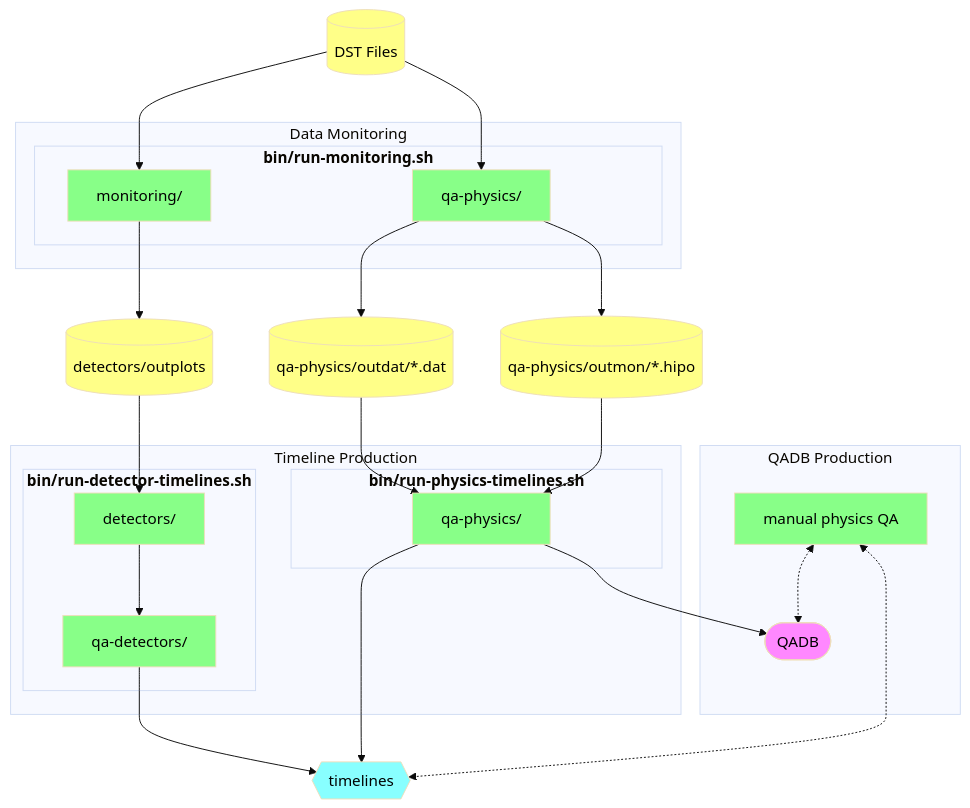
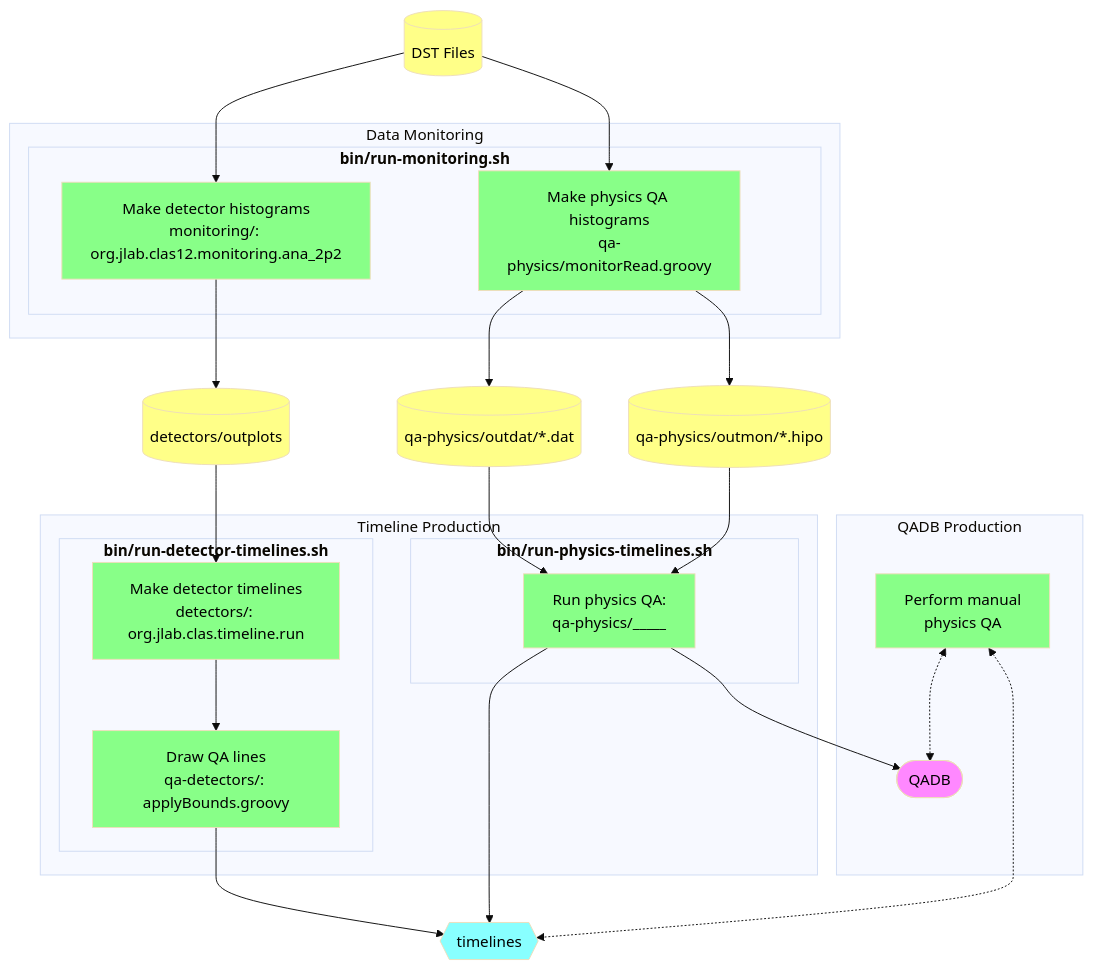
Before and after one commit to JeffersonLab/clas12-timeline: the diagram in README.md, drawn with Mermaid (base theme). The commit also changed 1 other file, not shown here.

Commit message:
modified:   README.md

````diff
--- a/README.md
+++ b/README.md
@@ -65,50 +65,50 @@
 ```mermaid
 flowchart TB
 
     classDef proc     fill:#8f8,color:black
     classDef data     fill:#ff8,color:black
     classDef misc     fill:#f8f,color:black
     classDef timeline fill:#8ff,color:black
 
     dst[(DST Files)]:::data
 
     subgraph Data Monitoring
         subgraph "<strong>bin/run-monitoring.sh</strong>"
-            monitorDetectors["monitoring/"]:::proc
-            monitorPhysics["qa-physics/"]:::proc
+            monitorDetectors["Make detector histograms<br/>monitoring/: org.jlab.clas12.monitoring.ana_2p2"]:::proc
+            monitorPhysics["Make physics QA histograms<br/>qa-physics/monitorRead.groovy"]:::proc
         end
     end
     dst --> monitorDetectors
     dst --> monitorPhysics
 
     monitorDetectors --> outplots[(detectors/outplots)]:::data
     monitorPhysics   --> outdat[(qa-physics/outdat/*.dat)]:::data
     monitorPhysics   --> outmon[(qa-physics/outmon/*.hipo)]:::data
 
     subgraph Timeline Production
         subgraph "<strong>bin/run-detector-timelines.sh</strong>"
-            timelineDetectorsPreQA["detectors/"]:::proc
-            timelineDetectors["qa-detectors/"]:::proc
+            timelineDetectorsPreQA["Make detector timelines<br/>detectors/: org.jlab.clas.timeline.run"]:::proc
+            timelineDetectors["Draw QA lines<br/>qa-detectors/: applyBounds.groovy"]:::proc
         end
         subgraph "<strong>bin/run-physics-timelines.sh</strong>"
-            timelinePhysics["qa-physics/"]:::proc
+            timelinePhysics["Run physics QA:<br/>qa-physics/_____"]:::proc
         end
     end
 
     outplots --> timelineDetectorsPreQA --> timelineDetectors
     outdat   --> timelinePhysics
     outmon   --> timelinePhysics
 
     subgraph QADB Production
         qadb([QADB]):::misc
-        manualQA[manual physics QA]:::proc
+        manualQA[Perform manual<br/>physics QA]:::proc
     end
     
     timelines{{timelines}}:::timeline
 
     timelineDetectors --> timelines
     timelinePhysics   --> timelines
     timelinePhysics   --> qadb
     manualQA <-.-> timelines
     manualQA <-.-> qadb
 ```
````
